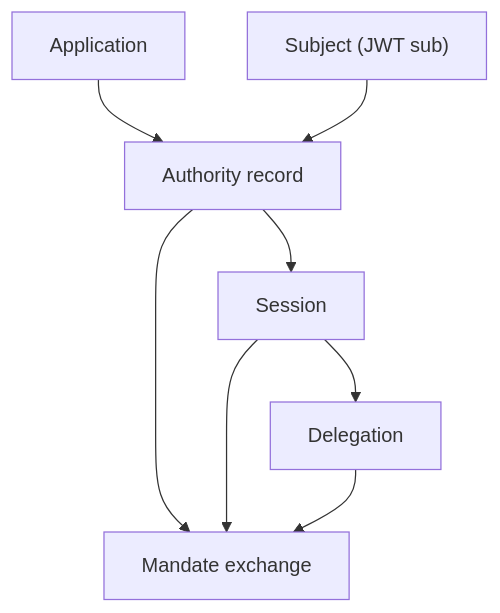
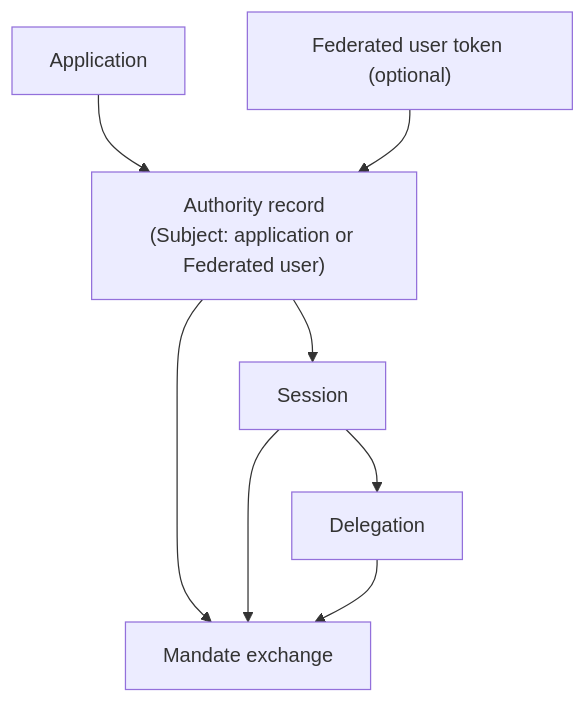
One commit to Garudex-Labs/caracal changed the second of 2 diagrams in docs/src/content/docs/concepts/principal.mdx. Above: the diagram before and after it, drawn with Mermaid. The commit also changed other lines of this file and 20 other files, not shown here.

````diff
--- a/docs/src/content/docs/concepts/principal.mdx
+++ b/docs/src/content/docs/concepts/principal.mdx
@@ -96,10 +99,10 @@
 ```mermaid
 flowchart TD
-  App["Application"] --> Authority["Authority record"]
-  Subject["Subject (JWT sub)"] --> Authority
+  App["Application"] --> Authority["Authority record<br/>(Subject: application or Federated user)"]
+  Fed["Federated user token (optional)"] --> Authority
   Authority --> Session["Session"]
   Session --> Delegate["Delegation"]
   Authority --> Mandate["Mandate exchange"]
   Session --> Mandate
   Delegate --> Mandate
 ```
````
